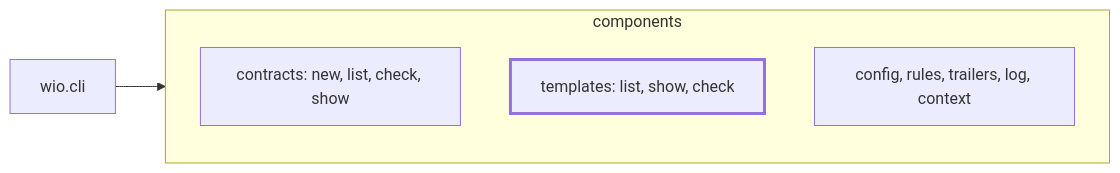
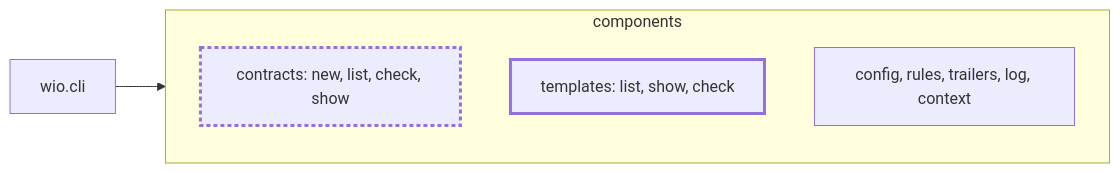
One commit to msitarz/wio changed the second of 2 diagrams in .agents/wio/works/discovery/templates-command/README.md. Above: the diagram before and after it, drawn with Mermaid. The commit also changed other lines of this file, not shown here.

````diff
--- a/.agents/wio/works/discovery/templates-command/README.md
+++ b/.agents/wio/works/discovery/templates-command/README.md
@@ -93,11 +90,12 @@
 ```mermaid
 flowchart LR
     cli["wio.cli"]
     subgraph components
-        contracts["contracts: new, list, check, show"]
+        contracts["contracts: new, list, check, show"]:::changed
         templates["templates: list, show, check"]:::new
         others["config, rules, trailers, log, context"]
     end
     cli --> components
     classDef new stroke-width: 3px
+    classDef changed stroke-width: 3px,stroke-dasharray: 4 3
 ```
````
